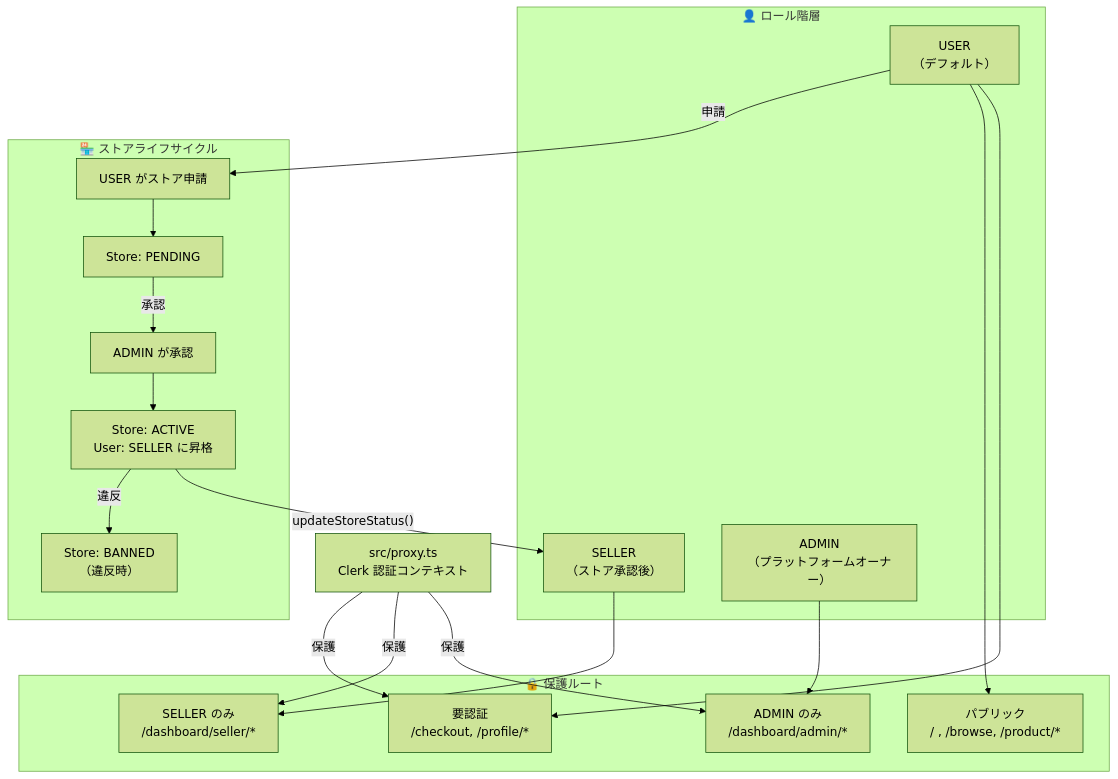
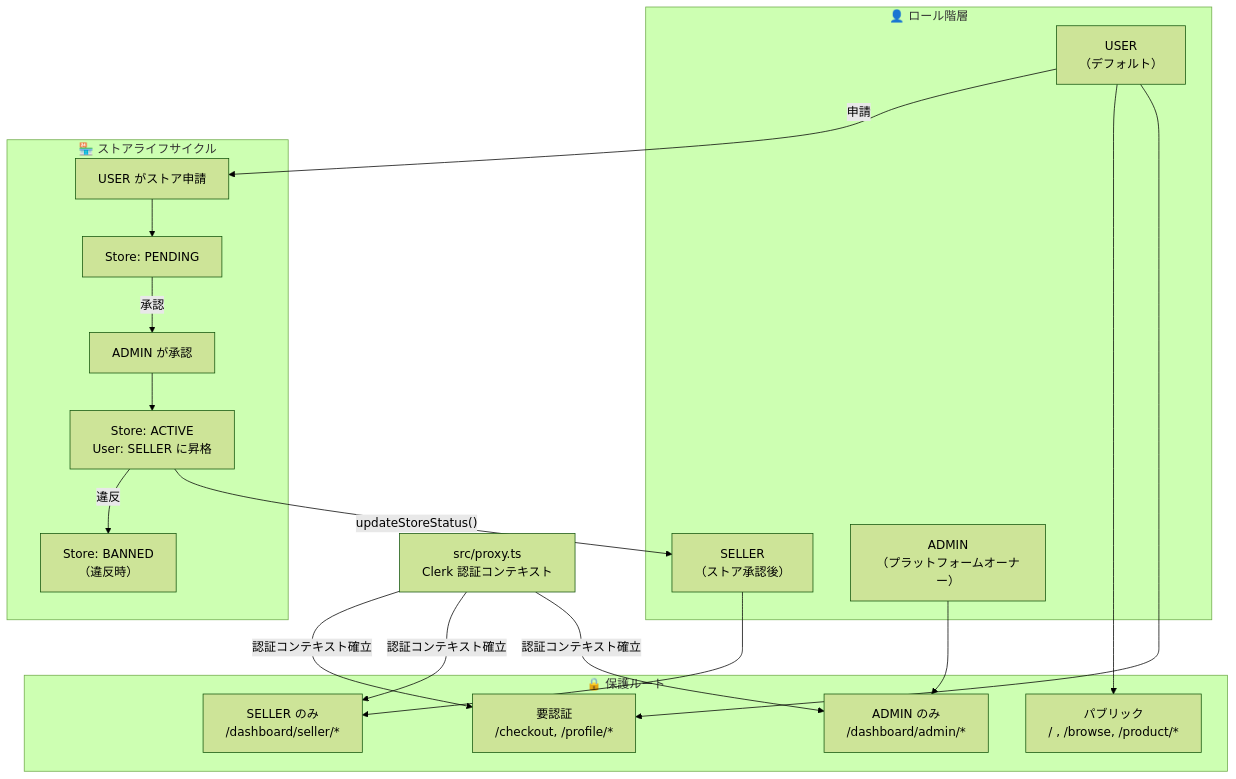
The fourth of 8 diagrams in README.md (myoshi2891/Multi-Vendor-E-Commerce), drawn with Mermaid (forest theme) before and after one commit.

Commit message:
docs: clarify proxy authentication context establishment in architecture diagram

````diff
--- a/README.md
+++ b/README.md
@@ -210,40 +210,40 @@
 ```mermaid
 flowchart TD
     subgraph ROLES["👤 ロール階層"]
         USER_R["USER<br>（デフォルト）"]
         SELLER_R["SELLER<br>（ストア承認後）"]
         ADMIN_R["ADMIN<br>（プラットフォームオーナー）"]
     end
 
     subgraph LIFECYCLE["🏪 ストアライフサイクル"]
         APPLY["USER がストア申請"]
         PENDING["Store: PENDING"]
         APPROVE["ADMIN が承認"]
         ACTIVE["Store: ACTIVE<br>User: SELLER に昇格"]
         BANNED["Store: BANNED<br>（違反時）"]
     end
 
     subgraph ROUTES["🔒 保護ルート"]
         PUBLIC["パブリック<br>/ , /browse, /product/*"]
         PROTECTED["要認証<br>/checkout, /profile/*"]
         SELLER_R2["SELLER のみ<br>/dashboard/seller/*"]
         ADMIN_R2["ADMIN のみ<br>/dashboard/admin/*"]
     end
 
     USER_R -->|"申請"| APPLY
     APPLY --> PENDING
     PENDING -->|"承認"| APPROVE
     APPROVE --> ACTIVE
     ACTIVE -->|"違反"| BANNED
     ACTIVE -->|"updateStoreStatus()"| SELLER_R
 
     USER_R --> PUBLIC
     USER_R --> PROTECTED
     SELLER_R --> SELLER_R2
     ADMIN_R --> ADMIN_R2
 
     MW["src/proxy.ts<br>Clerk 認証コンテキスト"]
-    MW -->|"保護"| PROTECTED
-    MW -->|"保護"| SELLER_R2
-    MW -->|"保護"| ADMIN_R2
+    MW -->|"認証コンテキスト確立"| PROTECTED
+    MW -->|"認証コンテキスト確立"| SELLER_R2
+    MW -->|"認証コンテキスト確立"| ADMIN_R2
 ```
````
